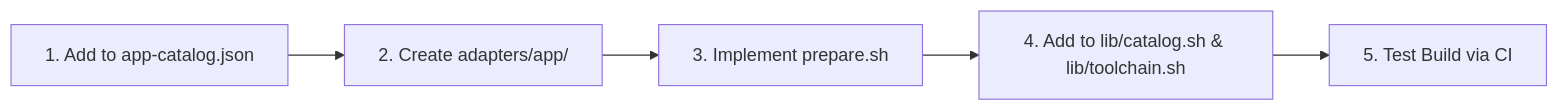
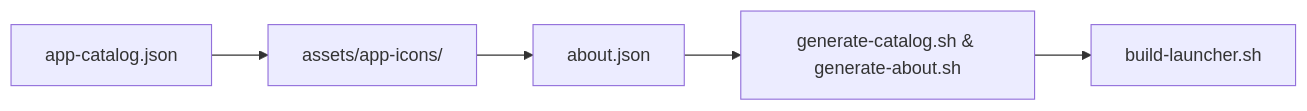
Before and after one commit to MostafaXS1/artcraft-android: the sixth of 6 diagrams in docs/porting-guide.md, drawn with Mermaid. The commit also changed other lines of this file, not shown here.

Commit message:
docs(guide): expand porting guide with egui adapter and launcher workflows [skip ci]

````diff
--- a/docs/porting-guide.md
+++ b/docs/porting-guide.md
@@ -503,7 +840,7 @@
 ```mermaid
 flowchart LR
-    A[1. Add to app-catalog.json] --> B[2. Create adapters/app/]
-    B --> C[3. Implement prepare.sh]
-    C --> D[4. Add to lib/catalog.sh & lib/toolchain.sh]
-    D --> E[5. Test Build via CI]
+    A[app-catalog.json] --> B[assets/app-icons/]
+    B --> C[about.json]
+    C --> D[generate-catalog.sh & generate-about.sh]
+    D --> E[build-launcher.sh]
 ```
````
